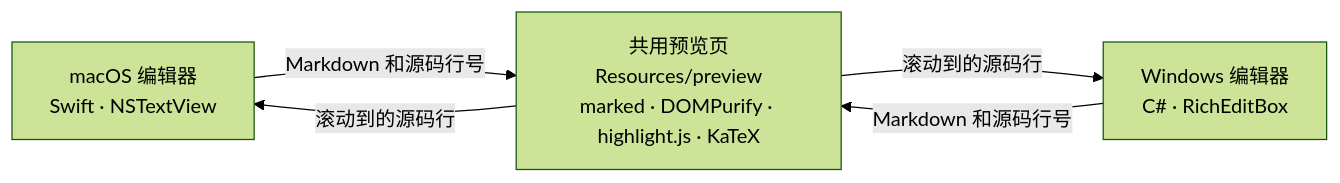
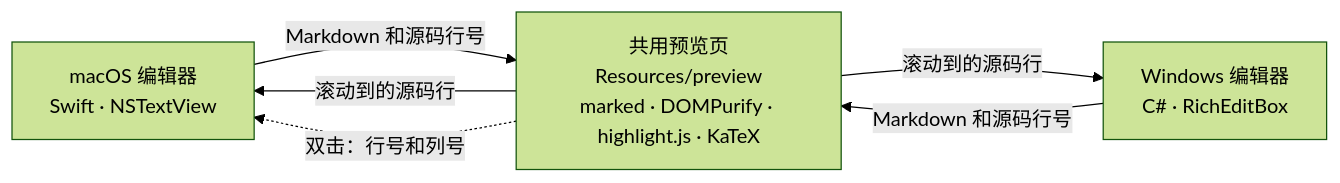
Before and after one commit to JYe16/mdeditor: the diagram in README.zh-CN.md, drawn with Mermaid (forest theme). The commit also changed other lines of this file and 6 other files, not shown here.

````diff
--- a/README.zh-CN.md
+++ b/README.zh-CN.md
@@ -159,8 +166,9 @@
 ```mermaid
 flowchart LR
     M["macOS 编辑器<br>Swift · NSTextView"] -->|Markdown 和源码行号| P
     W["Windows 编辑器<br>C# · RichEditBox"] -->|Markdown 和源码行号| P
     P["共用预览页<br>Resources/preview<br>marked · DOMPurify · highlight.js · KaTeX"]
     P -->|滚动到的源码行| M
     P -->|滚动到的源码行| W
+    P -.->|双击：行号和列号| M
 ```
````
